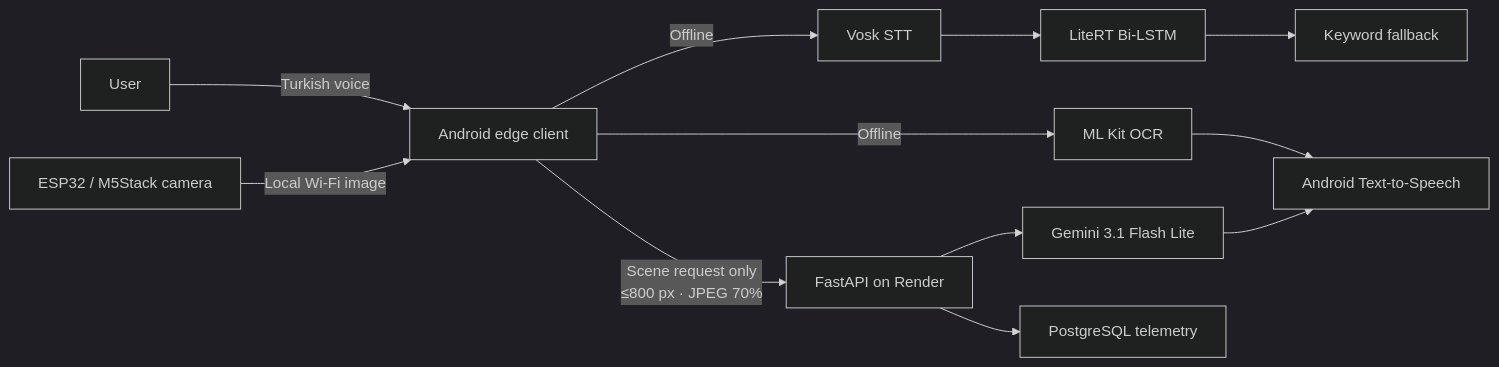
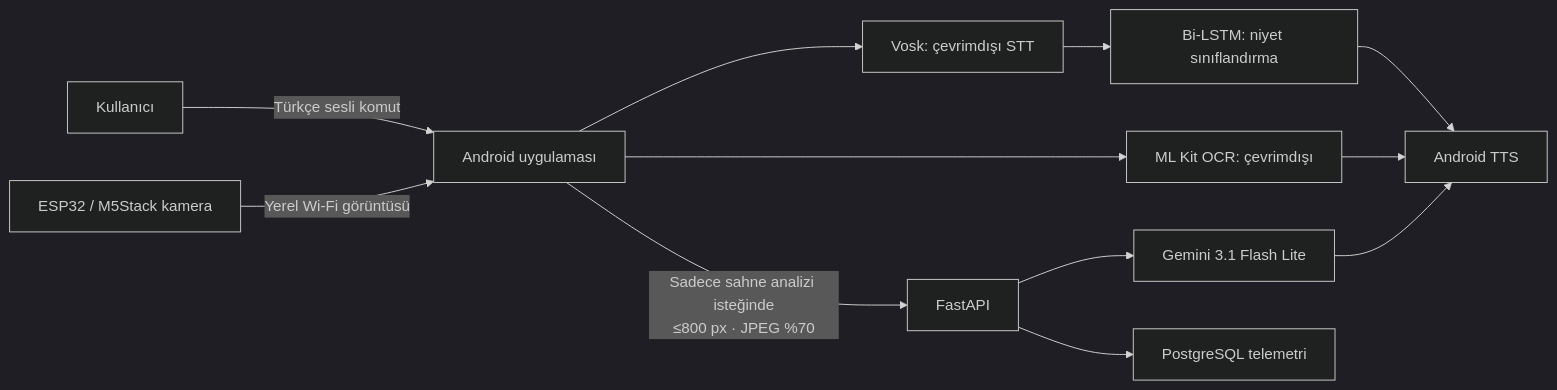
Before and after one commit to MahmoudAllabani/turkish-hybrid-vision-assistant-for-visually-impaired: the diagram in README.md, drawn with Mermaid (dark theme). The commit also changed other lines of this file, not shown here.

Commit message:
docs: update README with current Bi-LSTM model details

````diff
--- a/README.md
+++ b/README.md
@@ -35,11 +32,17 @@
 ```mermaid
 flowchart LR
- U["User"] -->|"Turkish voice"| A["Android edge client"]
- E["ESP32 / M5Stack camera"] -->|"Local Wi-Fi image"| A
- A -->|"Offline"| S["Vosk STT"] --> I["LiteRT Bi-LSTM"] --> K["Keyword fallback"]
- A -->|"Offline"| O["ML Kit OCR"] --> T["Android Text-to-Speech"]
- A -->|"Scene request only\n≤800 px · JPEG 70%"| F["FastAPI on Render"]
- F --> L["Gemini 3.1 Flash Lite"]
- F --> P["PostgreSQL telemetry"]
- L --> T
+    U["Kullanıcı"] -->|"Türkçe sesli komut"| A["Android uygulaması"]
+    E["ESP32 / M5Stack kamera"] -->|"Yerel Wi-Fi görüntüsü"| A
+
+    A --> V["Vosk: çevrimdışı STT"]
+    V --> I["Bi-LSTM: niyet sınıflandırma"]
+    I --> T["Android TTS"]
+
+    A --> O["ML Kit OCR: çevrimdışı"]
+    O --> T
+
+    A -->|"Sadece sahne analizi isteğinde\n≤800 px · JPEG %70"| F["FastAPI"]
+    F --> G["Gemini 3.1 Flash Lite"]
+    F --> P["PostgreSQL telemetri"]
+    G --> T
 ```
````
